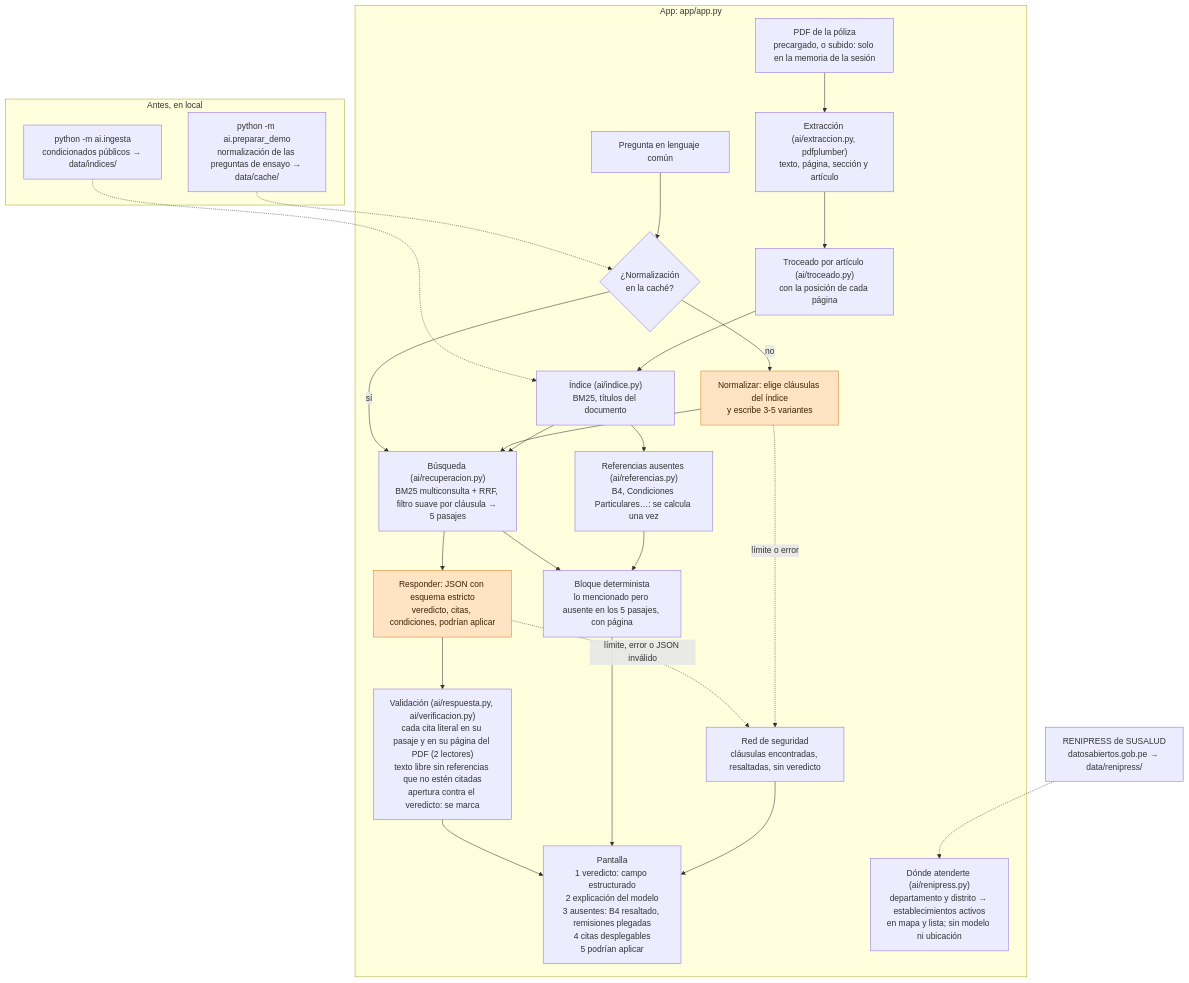
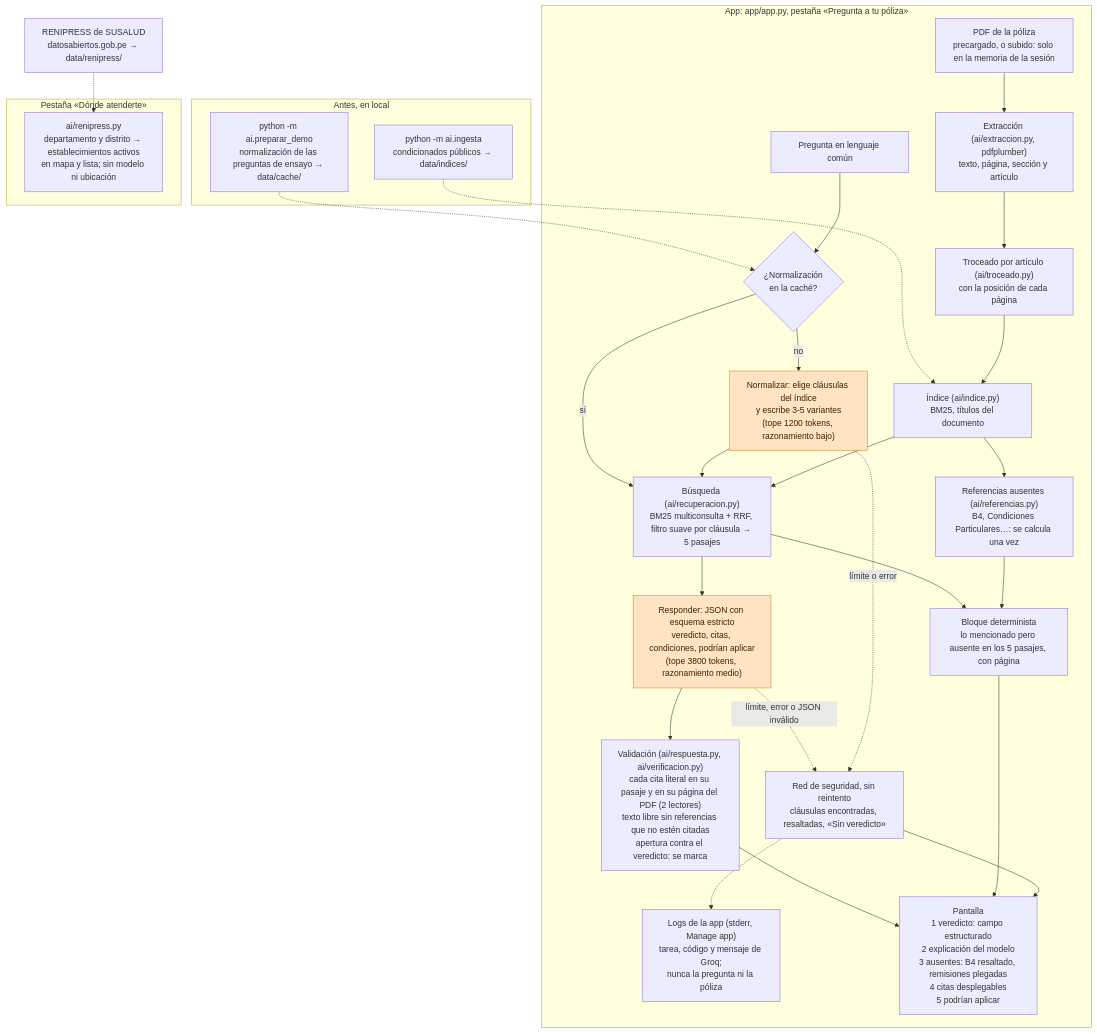
One commit to RenatoGates/que-me-cubre changed the diagram in docs/arquitectura.md. Above: the diagram before and after it, drawn with Mermaid. The commit also changed other lines of this file and 14 other files, not shown here.

First line of the commit message:
README final con números medidos, diagrama con el mapa y marcadores pendientes

````diff
--- a/docs/arquitectura.md
+++ b/docs/arquitectura.md
@@ -7,45 +8,50 @@
 ```mermaid
 flowchart TD
     subgraph Antes["Antes, en local"]
         ING["python -m ai.ingesta<br/>condicionados públicos → data/indices/"]
         PREP["python -m ai.preparar_demo<br/>normalización de las preguntas de ensayo → data/cache/"]
     end
 
-    subgraph App["App: app/app.py"]
+    subgraph App["App: app/app.py, pestaña «Pregunta a tu póliza»"]
         PDF["PDF de la póliza<br/>precargado, o subido: solo en la memoria de la sesión"]
         EXT["Extracción (ai/extraccion.py, pdfplumber)<br/>texto, página, sección y artículo"]
         TRO["Troceado por artículo (ai/troceado.py)<br/>con la posición de cada página"]
         IDX["Índice (ai/indice.py)<br/>BM25, títulos del documento"]
         AUS["Referencias ausentes (ai/referencias.py)<br/>B4, Condiciones Particulares…: se calcula una vez"]
         PREG["Pregunta en lenguaje común"]
         CACHE{"¿Normalización<br/>en la caché?"}
-        NORM["Normalizar: elige cláusulas del índice<br/>y escribe 3-5 variantes"]
+        NORM["Normalizar: elige cláusulas del índice<br/>y escribe 3-5 variantes<br/>(tope 1200 tokens, razonamiento bajo)"]
         REC["Búsqueda (ai/recuperacion.py)<br/>BM25 multiconsulta + RRF, filtro suave por cláusula → 5 pasajes"]
-        RESP["Responder: JSON con esquema estricto<br/>veredicto, citas, condiciones, podrían aplicar"]
+        RESP["Responder: JSON con esquema estricto<br/>veredicto, citas, condiciones, podrían aplicar<br/>(tope 3800 tokens, razonamiento medio)"]
         VER["Validación (ai/respuesta.py, ai/verificacion.py)<br/>cada cita literal en su pasaje y en su página del PDF (2 lectores)<br/>texto libre sin referencias que no estén citadas<br/>apertura contra el veredicto: se marca"]
         BLO["Bloque determinista<br/>lo mencionado pero ausente en los 5 pasajes, con página"]
-        RED["Red de seguridad<br/>cláusulas encontradas, resaltadas, sin veredicto"]
+        RED["Red de seguridad, sin reintento<br/>cláusulas encontradas, resaltadas, «Sin veredicto»"]
+        LOG["Logs de la app (stderr, Manage app)<br/>tarea, código y mensaje de Groq;<br/>nunca la pregunta ni la póliza"]
         UI["Pantalla<br/>1 veredicto: campo estructurado<br/>2 explicación del modelo<br/>3 ausentes: B4 resaltado, remisiones plegadas<br/>4 citas desplegables<br/>5 podrían aplicar"]
-        MAPA["Dónde atenderte (ai/renipress.py)<br/>departamento y distrito → establecimientos activos<br/>en mapa y lista; sin modelo ni ubicación"]
+    end
+
+    subgraph Tab2["Pestaña «Dónde atenderte»"]
+        MAPA["ai/renipress.py<br/>departamento y distrito → establecimientos activos<br/>en mapa y lista; sin modelo ni ubicación"]
     end
 
     RENI["RENIPRESS de SUSALUD<br/>datosabiertos.gob.pe → data/renipress/"]
 
     ING -.-> IDX
     PREP -.-> CACHE
     PDF --> EXT --> TRO --> IDX
     IDX --> AUS
     PREG --> CACHE
     CACHE -- sí --> REC
     CACHE -- no --> NORM --> REC
     IDX --> REC
     REC --> RESP --> VER --> UI
     REC --> BLO
     AUS --> BLO --> UI
     RESP -. "límite, error o JSON inválido" .-> RED --> UI
     NORM -. "límite o error" .-> RED
+    RED -.-> LOG
     RENI -.-> MAPA
 
     classDef modelo fill:#ffe3c2,stroke:#d9822b,color:#3b2405
     class NORM,RESP modelo
 ```
````
